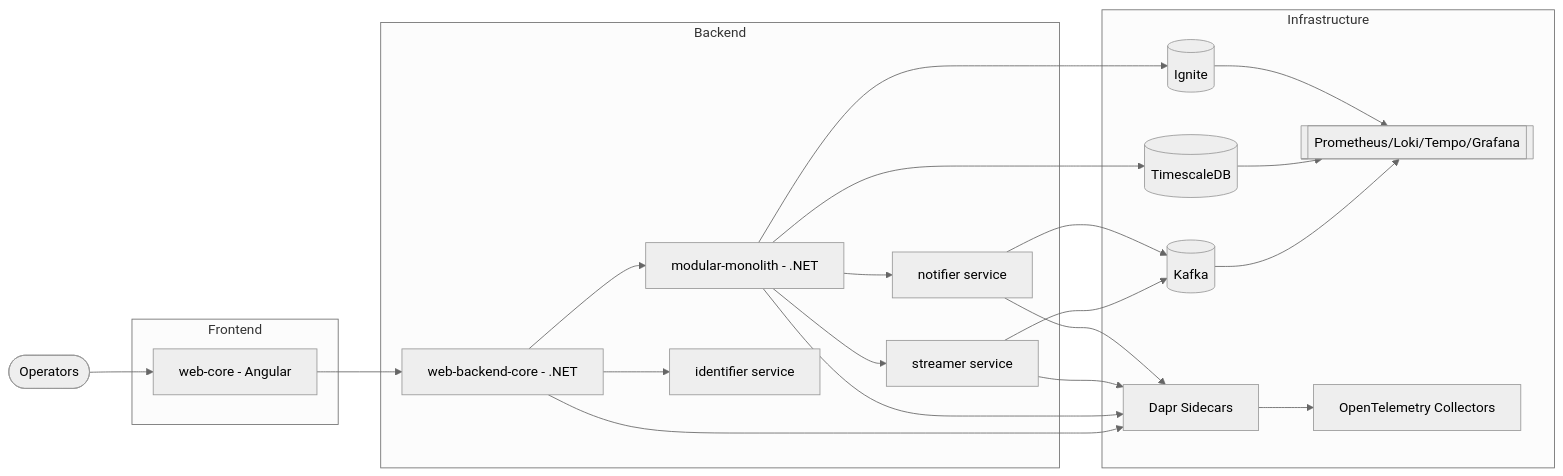
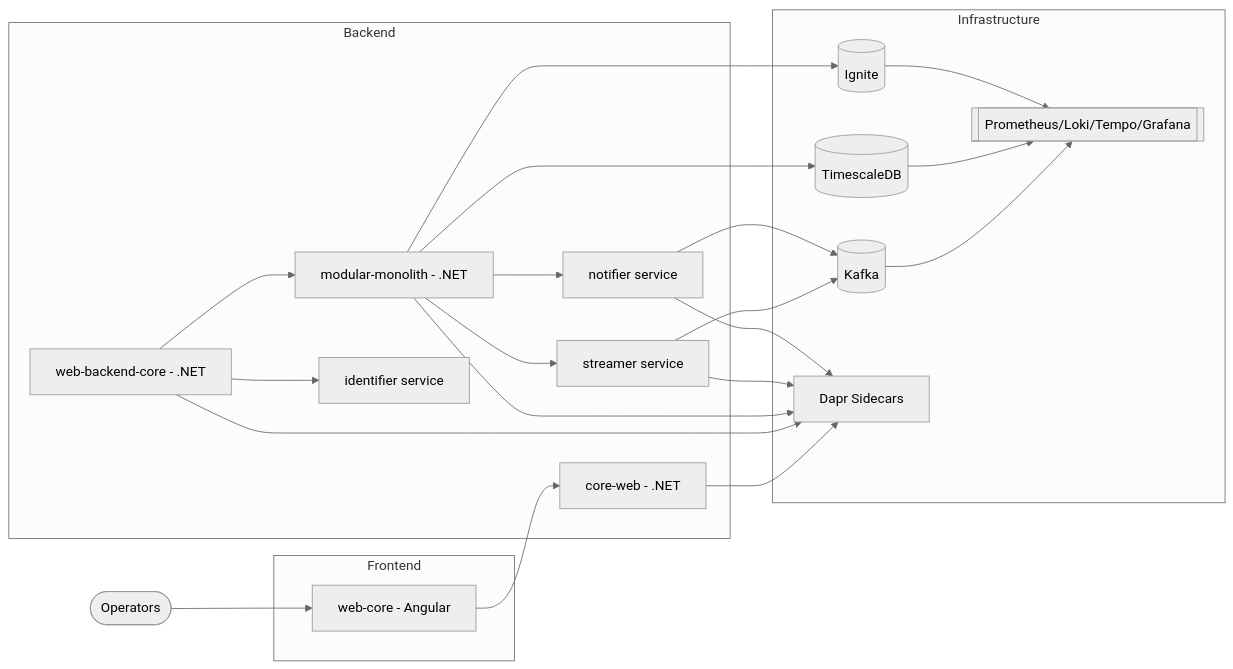
One commit to GabrieleAngeli/Momentum changed the second of 4 diagrams in architecture-overview.md. Above: the diagram before and after it, drawn with Mermaid (neutral theme). The commit also changed other lines of this file and 9 other files, not shown here.

````diff
--- a/architecture-overview.md
+++ b/architecture-overview.md
@@ -25,40 +25,40 @@
 ```mermaid
 flowchart LR
     subgraph Frontend
         WebCore[web-core - Angular]
     end
     subgraph Backend
+        CoreWeb[core-web - .NET]
         WebBackend[web-backend-core - .NET]
         ModularMonolith[modular-monolith - .NET]
         Identifier[identifier service]
         Streamer[streamer service]
         Notifier[notifier service]
     end
     subgraph PlatformInfrastructure[Infrastructure]
         Kafka[(Kafka)]
         Timescale[(TimescaleDB)]
         Ignite[(Ignite)]
         ObservabilityStack[[Prometheus/Loki/Tempo/Grafana]]
         Dapr[Dapr Sidecars]
-        OTEL[OpenTelemetry Collectors]
     end
 
     Operators([Operators]) --> WebCore
-    WebCore --> WebBackend
+    WebCore --> CoreWeb
     WebBackend --> ModularMonolith
     WebBackend --> Identifier
     ModularMonolith --> Streamer
     ModularMonolith --> Notifier
     Streamer --> Kafka
     Notifier --> Kafka
     ModularMonolith --> Timescale
     ModularMonolith --> Ignite
+    CoreWeb --> Dapr
     WebBackend --> Dapr
     ModularMonolith --> Dapr
     Streamer --> Dapr
     Notifier --> Dapr
     Kafka --> ObservabilityStack
     Timescale --> ObservabilityStack
     Ignite --> ObservabilityStack
-    Dapr --> OTEL
 ```
````
